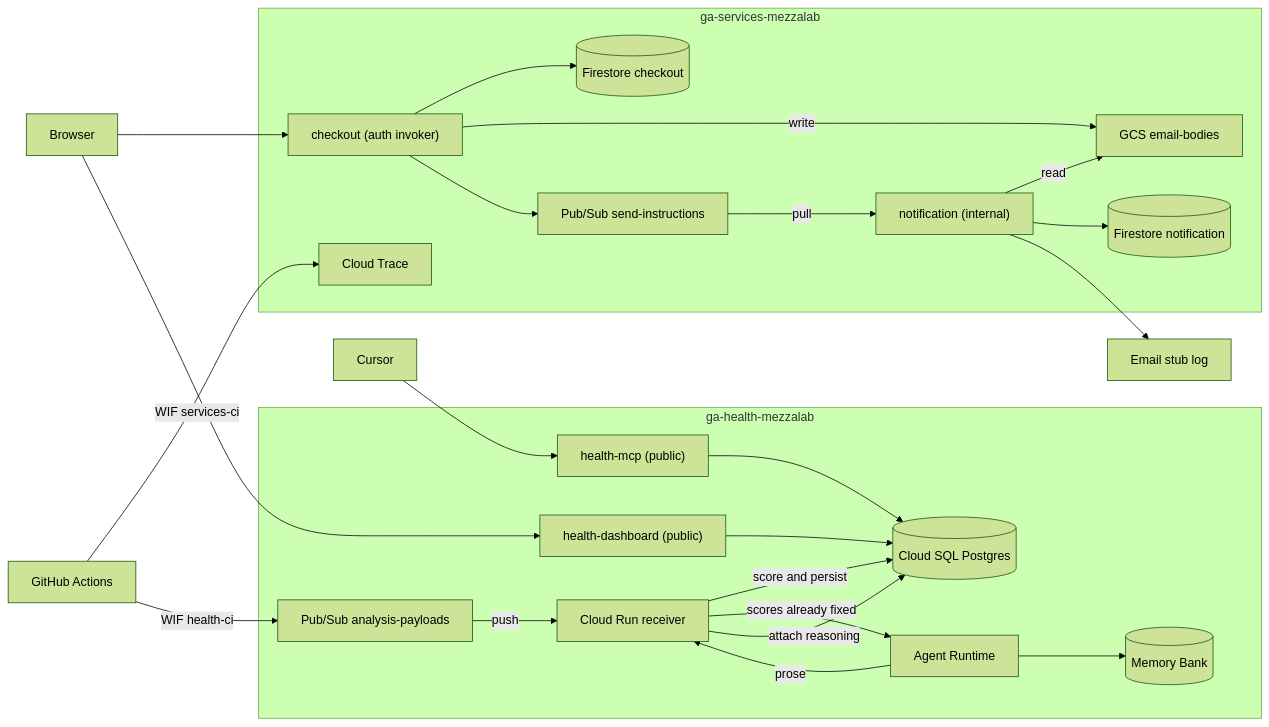
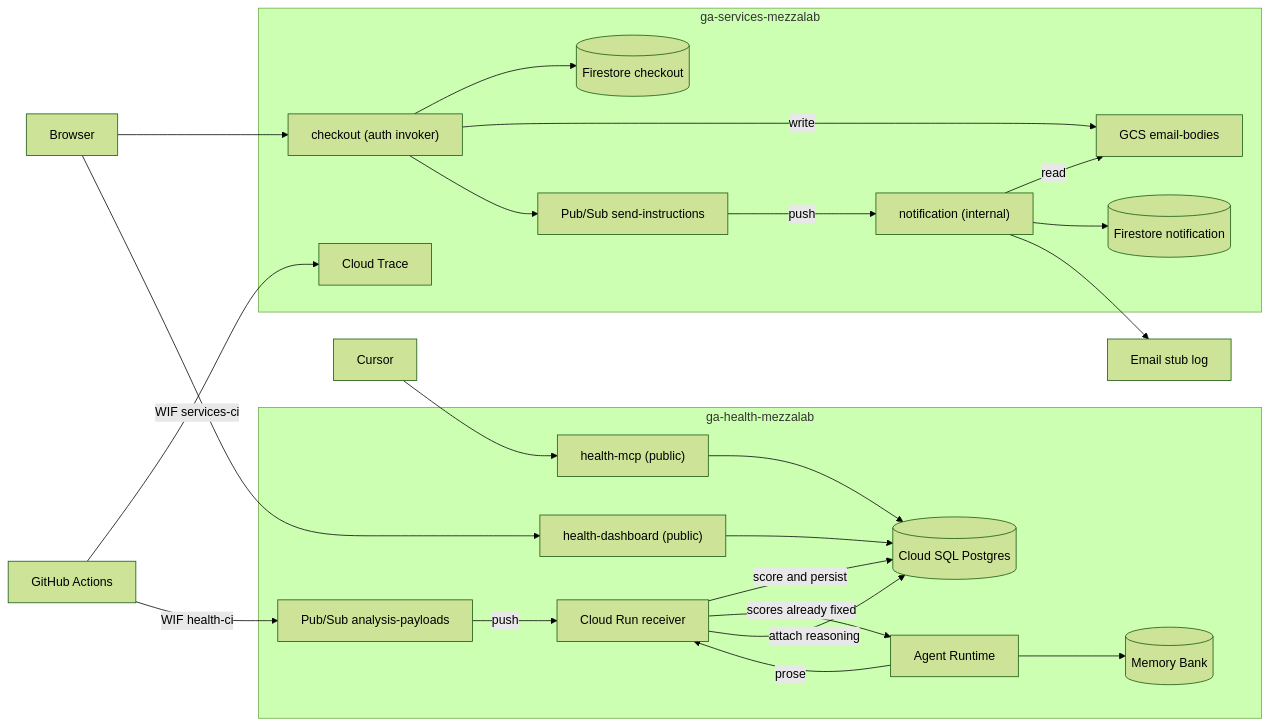
One commit to lucamezzalira/gcp-agents-architecture changed the diagram in README.md. Above: the diagram before and after it, drawn with Mermaid (forest theme). The commit also changed other lines of this file and 27 other files, not shown here.

````diff
--- a/README.md
+++ b/README.md
@@ -21,49 +21,49 @@
 ```mermaid
 flowchart LR
   cursor[Cursor]
   browser[Browser]
   stub[Email stub log]
 
   subgraph svc["ga-services-mezzalab"]
     checkout["checkout (auth invoker)"]
     send["Pub/Sub send-instructions"]
     gcs["GCS email-bodies"]
     fsC[("Firestore checkout")]
     notif["notification (internal)"]
     fsN[("Firestore notification")]
     trace[Cloud Trace]
   end
 
   subgraph hlth["ga-health-mezzalab"]
     dash["health-dashboard (public)"]
     mcp["health-mcp (public)"]
     analysis["Pub/Sub analysis-payloads"]
     receiver["Cloud Run receiver"]
     runtime["Agent Runtime"]
     sql[("Cloud SQL Postgres")]
     mb[("Memory Bank")]
   end
 
   gha[GitHub Actions]
 
   browser --> checkout
   browser --> dash
   cursor --> mcp
   checkout --> fsC
   checkout -->|write| gcs
   checkout --> send
-  send -->|pull| notif
+  send -->|push| notif
   notif -->|read| gcs
   notif --> fsN
   notif --> stub
   dash --> sql
   mcp --> sql
   gha -->|WIF services-ci| trace
   gha -->|WIF health-ci| analysis
   analysis -->|push| receiver
   receiver -->|score and persist| sql
   receiver -->|scores already fixed| runtime
   runtime --> mb
   runtime -->|prose| receiver
   receiver -->|attach reasoning| sql
 ```
````
